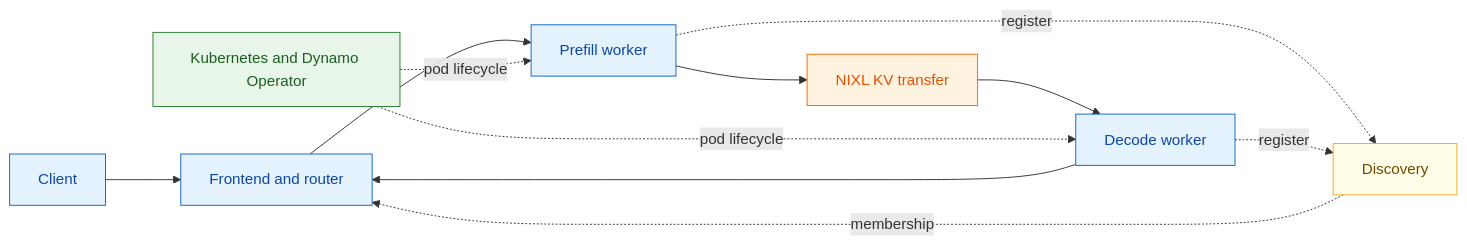
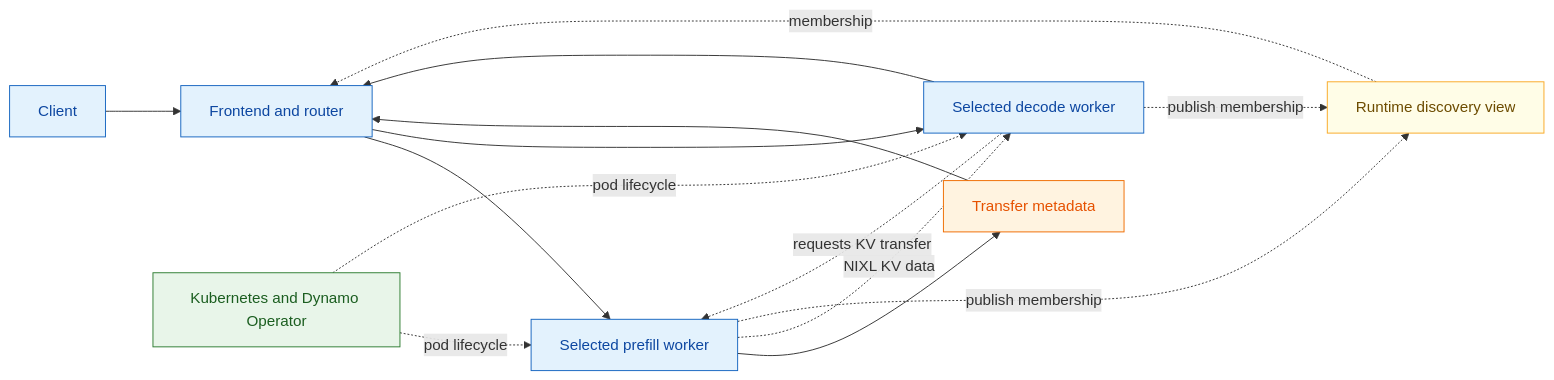
Before and after one commit to ai-dynamo/dynamo: the second of 3 diagrams in docs/fern/pages/developer-guide/knowledge-base/concepts/fault-tolerance/fault-tolerance-architecture.md, drawn with Mermaid. The commit also changed other lines of this file, not shown here.

````diff
--- a/docs/fern/pages/developer-guide/knowledge-base/concepts/fault-tolerance/fault-tolerance-architecture.md
+++ b/docs/fern/pages/developer-guide/knowledge-base/concepts/fault-tolerance/fault-tolerance-architecture.md
@@ -64,21 +67,24 @@
 ```mermaid
 flowchart LR
        classDef request fill:#E3F2FD,stroke:#1565C0,color:#0D47A1
        classDef transfer fill:#FFF3E0,stroke:#EF6C00,color:#E65100
        classDef discovery fill:#FFFDE7,stroke:#F9A825,color:#6D4C00
        classDef platform fill:#E8F5E9,stroke:#2E7D32,color:#1B5E20
        Client["Client"] --> Frontend["Frontend and router"]
-       Frontend --> Prefill["Prefill worker"]
-       Prefill --> Transfer["NIXL KV transfer"]
-       Transfer --> Decode["Decode worker"]
+       Frontend --> Prefill["Selected prefill worker"]
+       Prefill --> Metadata["Transfer metadata"]
+       Metadata --> Frontend
+       Frontend --> Decode["Selected decode worker"]
+       Decode -. requests KV transfer .-> Prefill
+       Prefill -. NIXL KV data .-> Decode
        Decode --> Frontend
-       Discovery["Discovery"] -. membership .-> Frontend
-       Prefill -. register .-> Discovery
-       Decode -. register .-> Discovery
+       Discovery["Runtime discovery view"] -. membership .-> Frontend
+       Prefill -. publish membership .-> Discovery
+       Decode -. publish membership .-> Discovery
        Kubernetes["Kubernetes and Dynamo Operator"] -. pod lifecycle .-> Prefill
        Kubernetes -. pod lifecycle .-> Decode
        class Client,Frontend,Prefill,Decode request
-       class Transfer transfer
+       class Metadata transfer
        class Discovery discovery
        class Kubernetes platform
 ```
````
